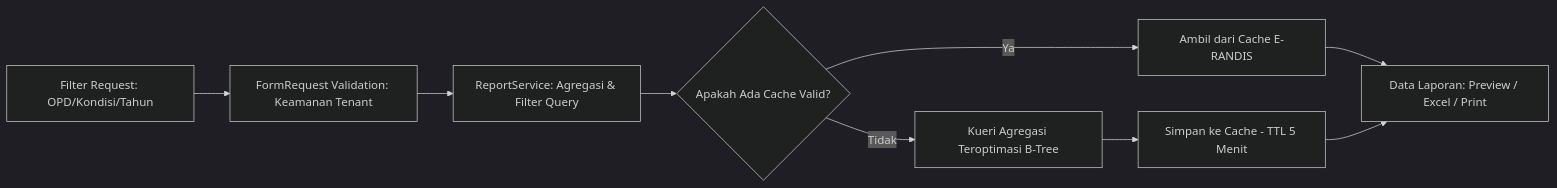
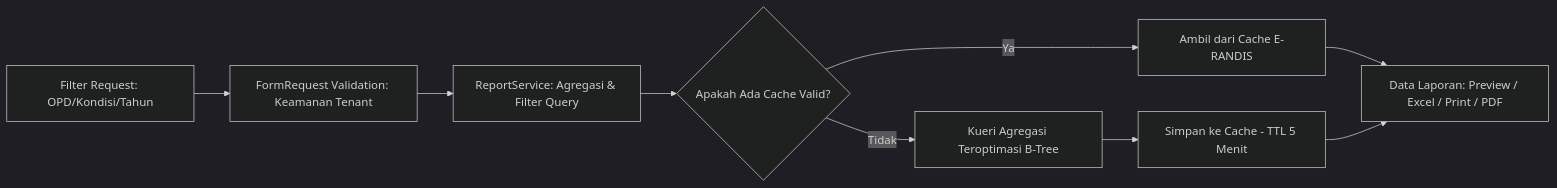
The second of 4 diagrams in resources/features/laporan/requirements.md (arifhyde98/E-RANDIS_PHP), drawn with Mermaid (dark theme) before and after one commit. The commit also changed other lines of this file and 29 other files, not shown here.

````diff
--- a/resources/features/laporan/requirements.md
+++ b/resources/features/laporan/requirements.md
@@ -72,13 +113,13 @@
 ```mermaid
 graph LR
     Input[Filter Request: OPD/Kondisi/Tahun] --> Validation[FormRequest Validation: Keamanan Tenant]
     Validation --> Service[ReportService: Agregasi & Filter Query]
     Service --> CacheCheck{Apakah Ada Cache Valid?}
     
     CacheCheck -->|Ya| FetchCache[Ambil dari Cache E-RANDIS]
     CacheCheck -->|Tidak| QueryDB[Kueri Agregasi Teroptimasi B-Tree]
     
     QueryDB --> SaveCache[Simpan ke Cache - TTL 5 Menit]
-    FetchCache --> Output[Data Laporan: Preview / Excel / Print]
+    FetchCache --> Output[Data Laporan: Preview / Excel / Print / PDF]
     SaveCache --> Output
 ```
````
